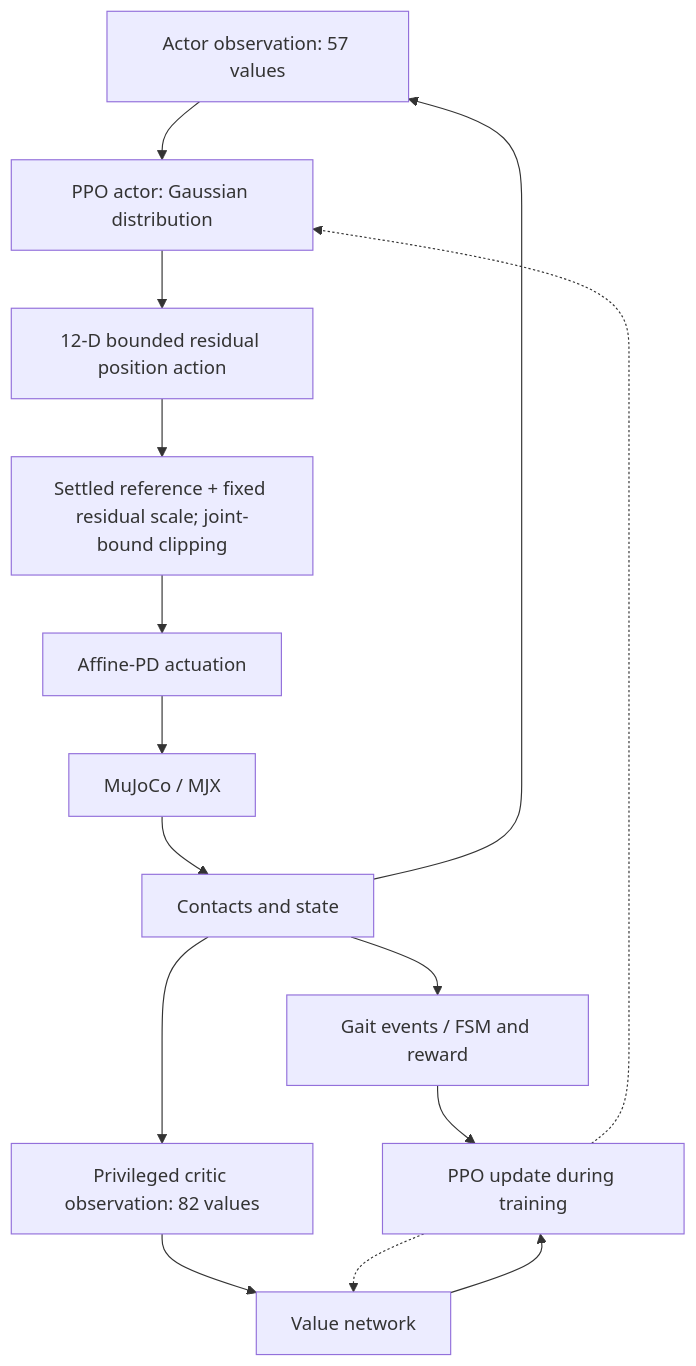
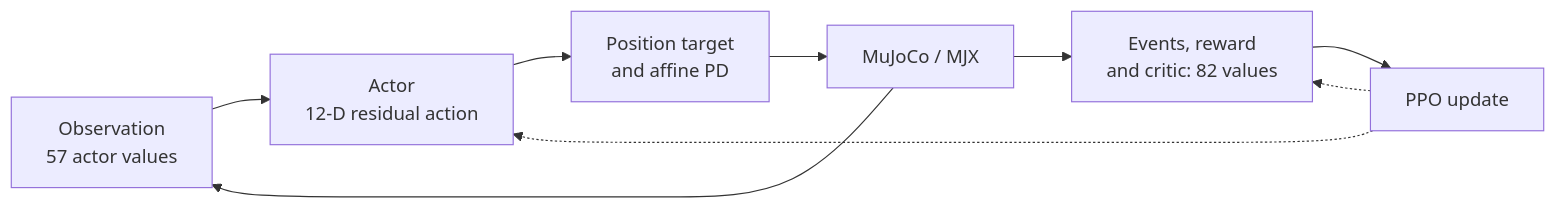
One commit to GokturkCan/biped-locomotion-ppo changed the first of 4 diagrams in README.md. Above: the diagram before and after it, drawn with Mermaid. The commit also changed other lines of this file and 5 other files, not shown here.

````diff
--- a/README.md
+++ b/README.md
@@ -64,17 +64,9 @@
 ```mermaid
-flowchart TD
-    OBS["Actor observation: 57 values"] --> ACT["PPO actor: Gaussian distribution"]
-    ACT --> A["12-D bounded residual position action"]
-    A --> TARGET["Settled reference + fixed residual scale; joint-bound clipping"]
-    TARGET --> PD["Affine-PD actuation"]
-    PD --> SIM["MuJoCo / MJX"]
-    SIM --> STATE["Contacts and state"]
-    STATE --> OBS
-    STATE --> EVENT["Gait events / FSM and reward"]
-    STATE --> PRIV["Privileged critic observation: 82 values"]
-    PRIV --> CRITIC["Value network"]
-    EVENT --> PPO["PPO update during training"]
-    CRITIC --> PPO
-    PPO -.-> ACT
-    PPO -.-> CRITIC
+flowchart LR
+    O["Observation<br/>57 actor values"] --> A["Actor<br/>12-D residual action"]
+    A --> C["Position target<br/>and affine PD"] --> S["MuJoCo / MJX"]
+    S --> O
+    S --> V["Events, reward<br/>and critic: 82 values"]
+    V --> U["PPO update"] -.-> A
+    U -.-> V
 ```
````
